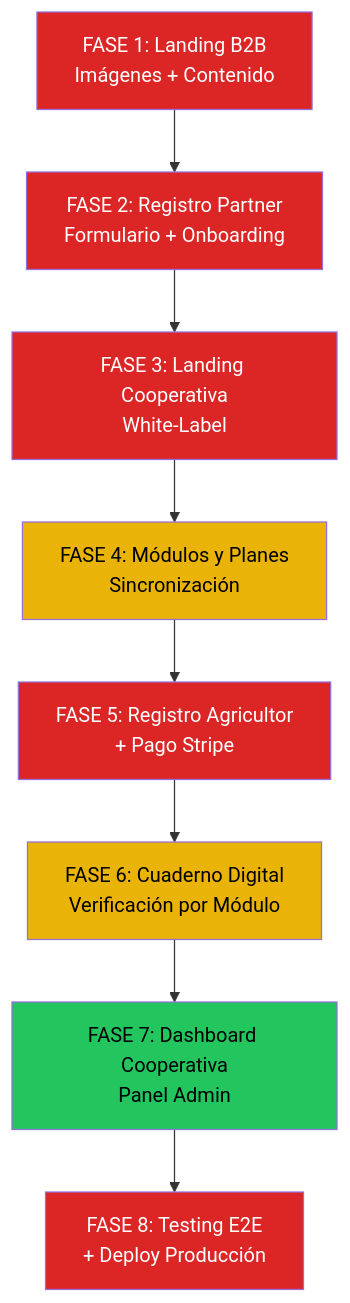
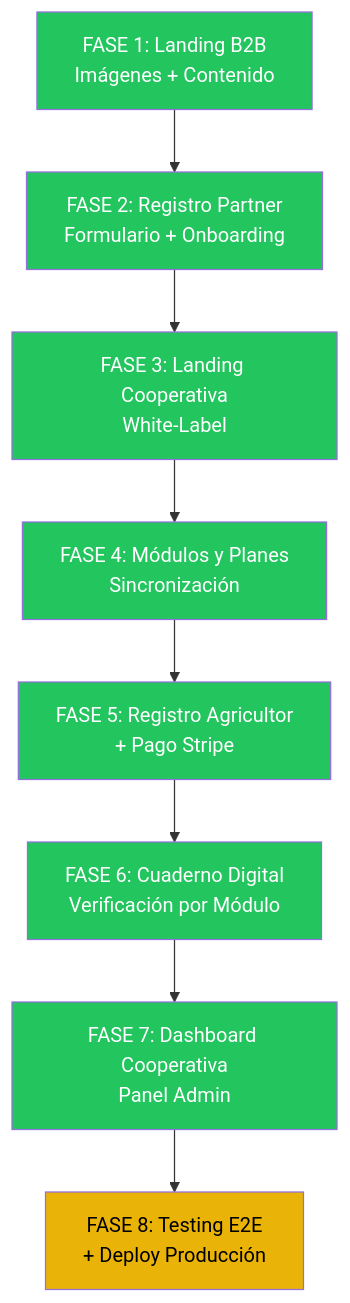
The diagram in docs/plan_maestro_inagrosolutions.md (ramumarti/inagrosolutions), drawn with Mermaid before and after one commit. The commit also changed other lines of this file, not shown here.

````diff
--- a/docs/plan_maestro_inagrosolutions.md
+++ b/docs/plan_maestro_inagrosolutions.md
@@ -166,19 +166,19 @@
 ```mermaid
 graph TD
     F1[FASE 1: Landing B2B<br/>Imágenes + Contenido] --> F2[FASE 2: Registro Partner<br/>Formulario + Onboarding]
     F2 --> F3[FASE 3: Landing Cooperativa<br/>White-Label]
     F3 --> F4[FASE 4: Módulos y Planes<br/>Sincronización]
     F4 --> F5[FASE 5: Registro Agricultor<br/>+ Pago Stripe]
     F5 --> F6[FASE 6: Cuaderno Digital<br/>Verificación por Módulo]
     F6 --> F7[FASE 7: Dashboard Cooperativa<br/>Panel Admin]
     F7 --> F8[FASE 8: Testing E2E<br/>+ Deploy Producción]
 
-    style F1 fill:#dc2626,color:#fff
-    style F2 fill:#dc2626,color:#fff
-    style F3 fill:#dc2626,color:#fff
-    style F5 fill:#dc2626,color:#fff
-    style F4 fill:#eab308,color:#000
-    style F6 fill:#eab308,color:#000
-    style F7 fill:#22c55e,color:#000
-    style F8 fill:#dc2626,color:#fff
+    style F1 fill:#22c55e,color:#fff
+    style F2 fill:#22c55e,color:#fff
+    style F3 fill:#22c55e,color:#fff
+    style F4 fill:#22c55e,color:#fff
+    style F5 fill:#22c55e,color:#fff
+    style F6 fill:#22c55e,color:#fff
+    style F7 fill:#22c55e,color:#fff
+    style F8 fill:#eab308,color:#000
 ```
````
